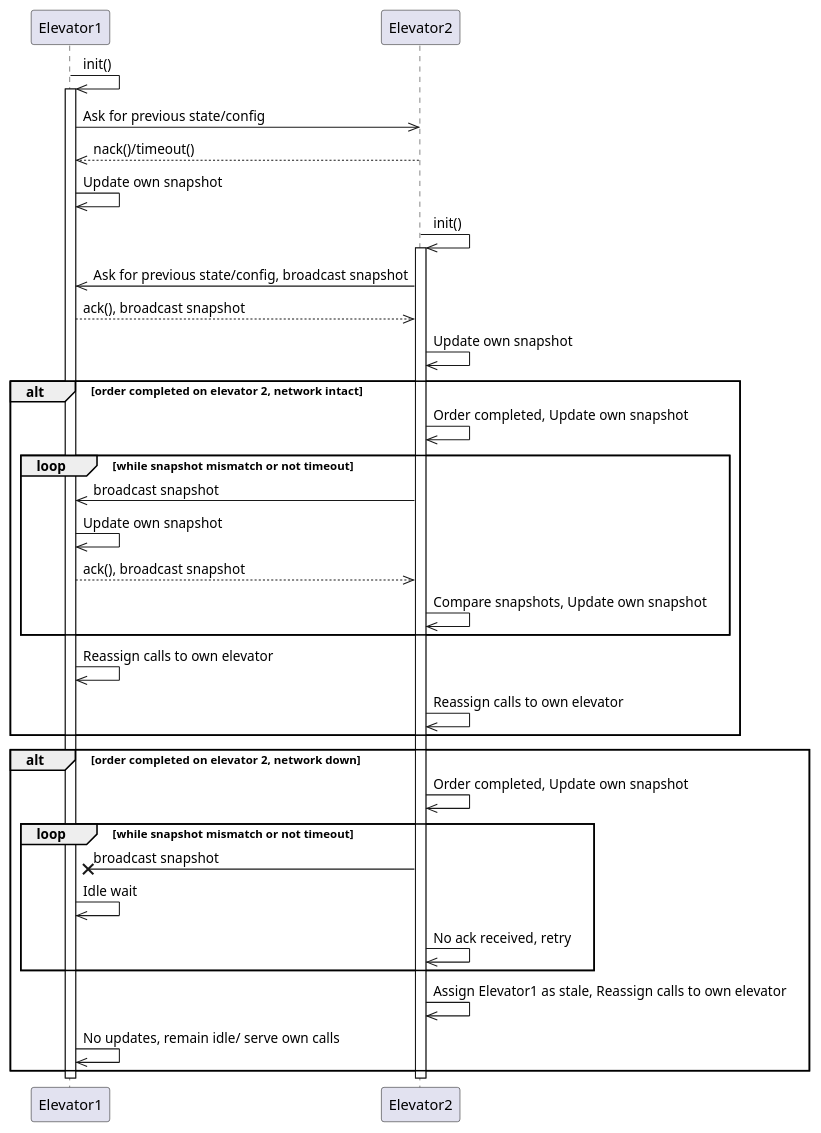
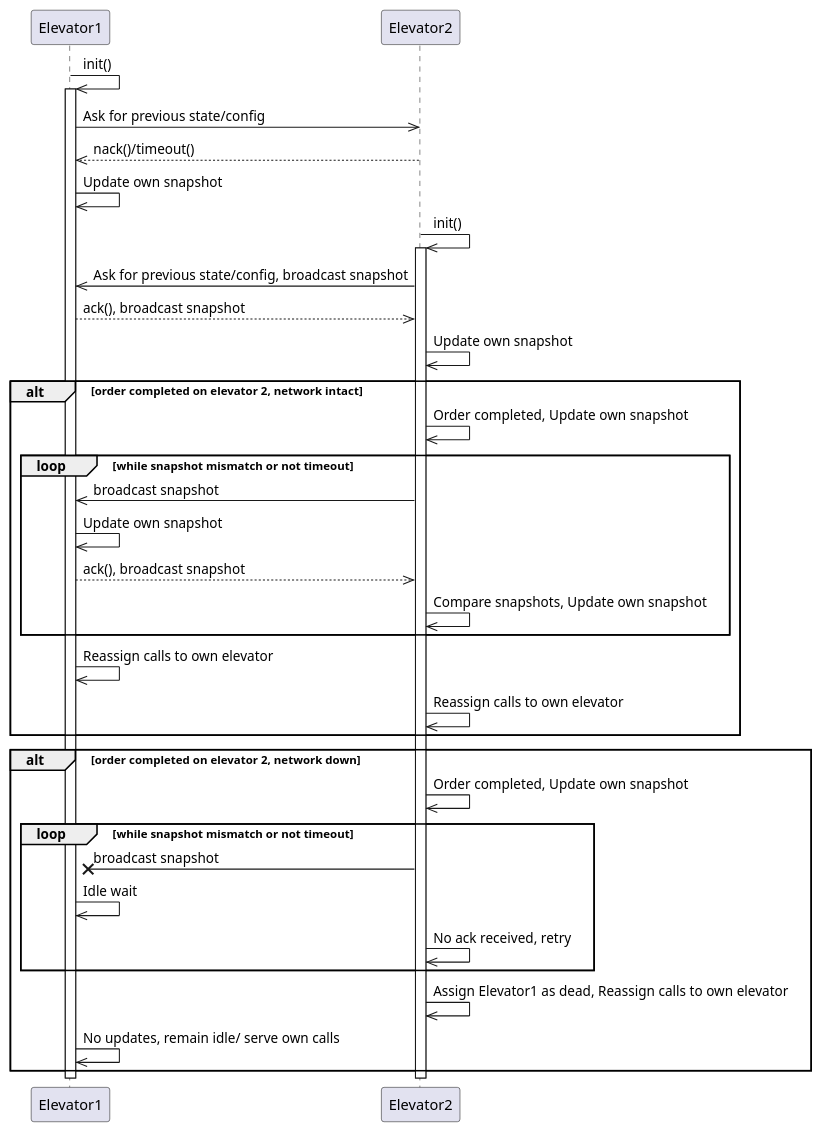
The diagram in UML/diagrams/network_offline_handling_sequence_diagram.puml (Lucas-Vo/heislab2), drawn with PlantUML before and after one commit. The commit also changed 10 other files, not shown here.

```diff
--- a/UML/diagrams/network_offline_handling_sequence_diagram.puml
+++ b/UML/diagrams/network_offline_handling_sequence_diagram.puml
@@ -1,44 +1,44 @@
 @startuml Thread Handle Request Sequence Diagram
     participant Elevator1
     participant Elevator2
     Elevator1->>Elevator1: init()
     activate Elevator1
     Elevator1->>Elevator2: Ask for previous state/config
     Elevator2-->>Elevator1: nack()/timeout()
     Elevator1->>Elevator1: Update own snapshot
 
     Elevator2->>Elevator2: init()
     activate Elevator2
     Elevator2->>Elevator1: Ask for previous state/config, broadcast snapshot
     Elevator1-->>Elevator2: ack(), broadcast snapshot
     Elevator2->>Elevator2: Update own snapshot
     
     alt order completed on elevator 2, network intact
     Elevator2->>Elevator2: Order completed, Update own snapshot
 
     loop while snapshot mismatch or not timeout
         Elevator2->>Elevator1: broadcast snapshot
         Elevator1->>Elevator1: Update own snapshot
         Elevator1-->>Elevator2: ack(), broadcast snapshot
         Elevator2->>Elevator2: Compare snapshots, Update own snapshot
     end
     Elevator1->>Elevator1: Reassign calls to own elevator
     Elevator2->>Elevator2: Reassign calls to own elevator
     end
 
     alt order completed on elevator 2, network down
     Elevator2->>Elevator2: Order completed, Update own snapshot
     
     loop while snapshot mismatch or not timeout
         Elevator2-x Elevator1: broadcast snapshot
         Elevator1->>Elevator1: Idle wait
         Elevator2->>Elevator2: No ack received, retry
     end
 
-    Elevator2->>Elevator2: Assign Elevator1 as stale, Reassign calls to own elevator
+    Elevator2->>Elevator2: Assign Elevator1 as dead, Reassign calls to own elevator
     Elevator1->>Elevator1: No updates, remain idle/ serve own calls
     end
 
     deactivate Elevator1
     deactivate Elevator2
 @enduml
```
